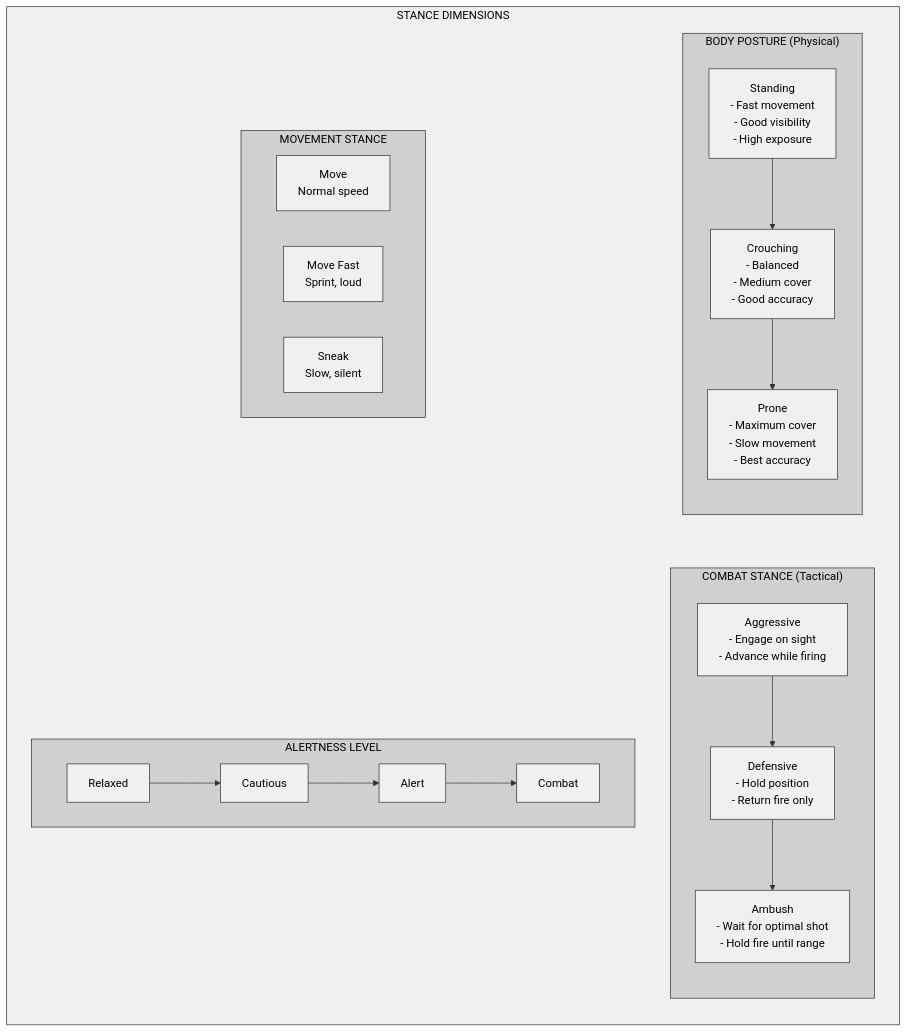
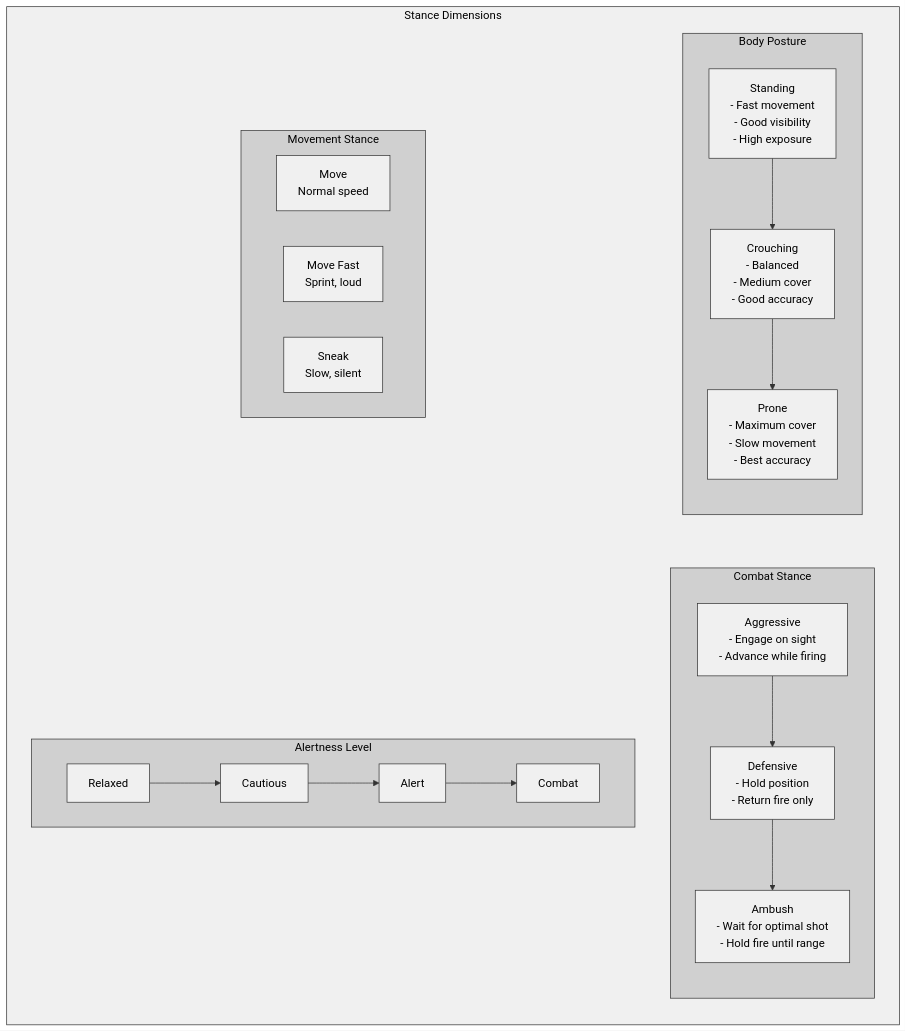
Before and after one commit to jukofyork/close-combat-architecture-study: the fourth of 5 diagrams in chapter_06_orders_ai.md, drawn with Mermaid. The commit also changed other lines of this file and 5 other files, not shown here.

````diff
--- a/chapter_06_orders_ai.md
+++ b/chapter_06_orders_ai.md
@@ -472,48 +473,48 @@
 ```mermaid
 flowchart TB
-    subgraph Stance["STANCE DIMENSIONS"]
+    subgraph Stance["Stance Dimensions"]
         direction TB
         
-        subgraph BodyPosture["BODY POSTURE (Physical)"]
+        subgraph BodyPosture["Body Posture"]
             direction TB
             standing["Standing<br/>- Fast movement<br/>- Good visibility<br/>- High exposure"]
             crouching["Crouching<br/>- Balanced<br/>- Medium cover<br/>- Good accuracy"]
             prone["Prone<br/>- Maximum cover<br/>- Slow movement<br/>- Best accuracy"]
             standing --> crouching --> prone
         end
         
-        subgraph CombatStance["COMBAT STANCE (Tactical)"]
+        subgraph CombatStance["Combat Stance"]
             direction TB
             aggressive["Aggressive<br/>- Engage on sight<br/>- Advance while firing"]
             defensive["Defensive<br/>- Hold position<br/>- Return fire only"]
             ambush["Ambush<br/>- Wait for optimal shot<br/>- Hold fire until range"]
             aggressive --> defensive --> ambush
         end
         
-        subgraph Movement["MOVEMENT STANCE"]
+        subgraph Movement["Movement Stance"]
             move["Move<br/>Normal speed"]
             fast["Move Fast<br/>Sprint, loud"]
             sneak["Sneak<br/>Slow, silent"]
         end
         
-        subgraph Alertness["ALERTNESS LEVEL"]
+        subgraph Alertness["Alertness Level"]
             relaxed["Relaxed"]
             cautious["Cautious"]
             alert["Alert"]
             combat["Combat"]
             relaxed --> cautious --> alert --> combat
         end
         
         BodyPosture ~~~ CombatStance
         Movement ~~~ Alertness
     end
     
     classDef default fill:#fff,stroke:#000,stroke-width:1px,color:#000
     classDef light fill:#f0f0f0,stroke:#333,stroke-width:1px,color:#000
     classDef medium fill:#d0d0d0,stroke:#333,stroke-width:1px,color:#000
     classDef dark fill:#b0b0b0,stroke:#000,stroke-width:2px,color:#000
     
     class Stance light
     class BodyPosture,CombatStance,Movement,Alertness medium
     class standing,crouching,prone,aggressive,defensive,ambush,move,fast,sneak,relaxed,cautious,alert,combat light
 ```
````
